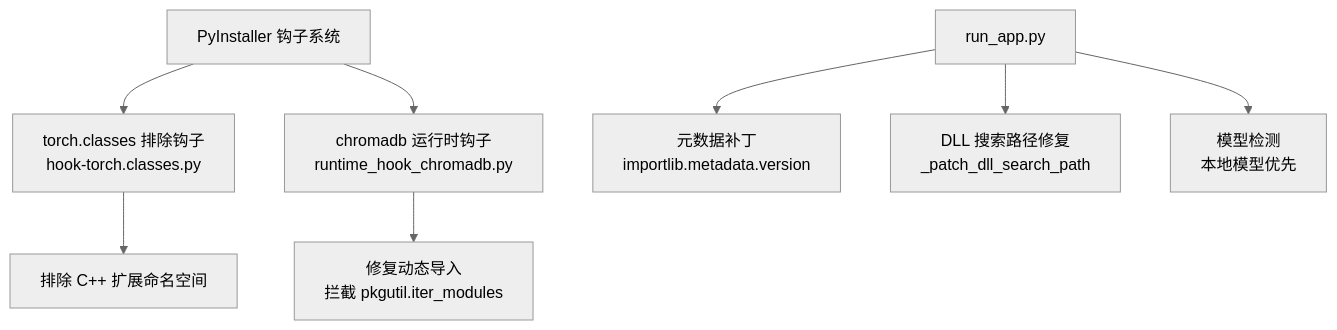
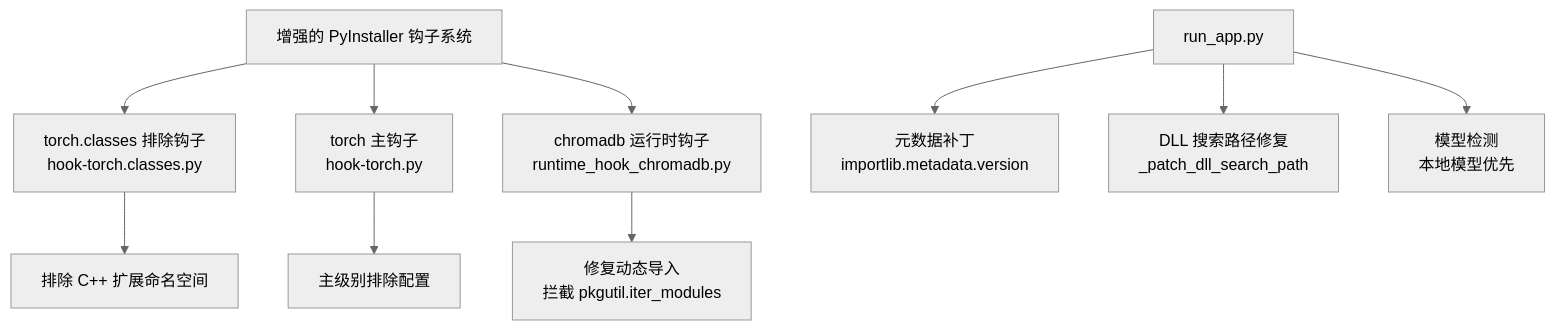
Before and after one commit to joyafa/knowledge: the fourth of 6 diagrams in .qoder/repowiki/zh/content/部署与运维/部署与运维.md, drawn with Mermaid (neutral theme). The commit also changed other lines of this file and 14 other files, not shown here.

````diff
--- a/.qoder/repowiki/zh/content/部署与运维/部署与运维.md
+++ b/.qoder/repowiki/zh/content/部署与运维/部署与运维.md
@@ -260,10 +269,12 @@
 ```mermaid
 flowchart TD
-Hooks["PyInstaller 钩子系统"] --> TorchHook["torch.classes 排除钩子<br/>hook-torch.classes.py"]
-Hooks --> ChromaHook["chromadb 运行时钩子<br/>runtime_hook_chromadb.py"]
-TorchHook --> ExcludeImports["排除 C++ 扩展命名空间"]
+EnhancedHooks["增强的 PyInstaller 钩子系统"] --> TorchClassesHook["torch.classes 排除钩子<br/>hook-torch.classes.py"]
+EnhancedHooks --> TorchMainHook["torch 主钩子<br/>hook-torch.py"]
+EnhancedHooks --> ChromaHook["chromadb 运行时钩子<br/>runtime_hook_chromadb.py"]
+TorchClassesHook --> ExcludeImports["排除 C++ 扩展命名空间"]
+TorchMainHook --> MainLevelExcludes["主级别排除配置"]
 ChromaHook --> DynamicImport["修复动态导入<br/>拦截 pkgutil.iter_modules"]
 RunApp["run_app.py"] --> MetaPatch["元数据补丁<br/>importlib.metadata.version"]
 RunApp --> DLLPatch["DLL 搜索路径修复<br/>_patch_dll_search_path"]
 RunApp --> ModelDetect["模型检测<br/>本地模型优先"]
 ```
````
